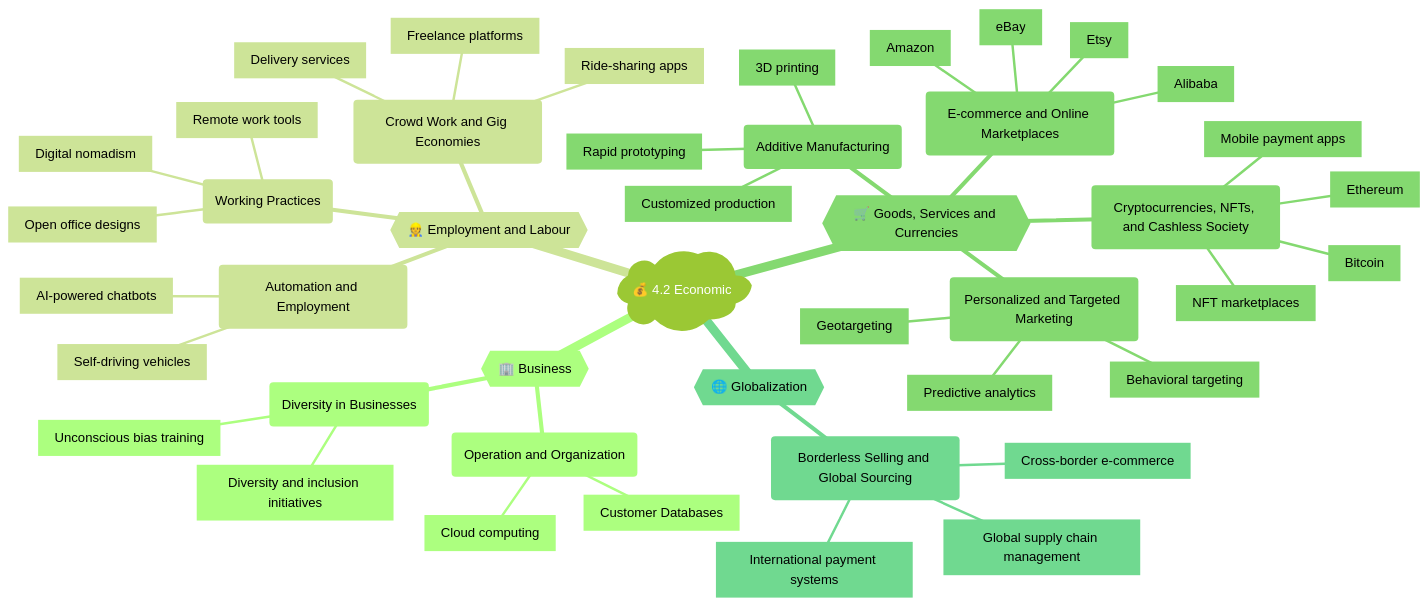
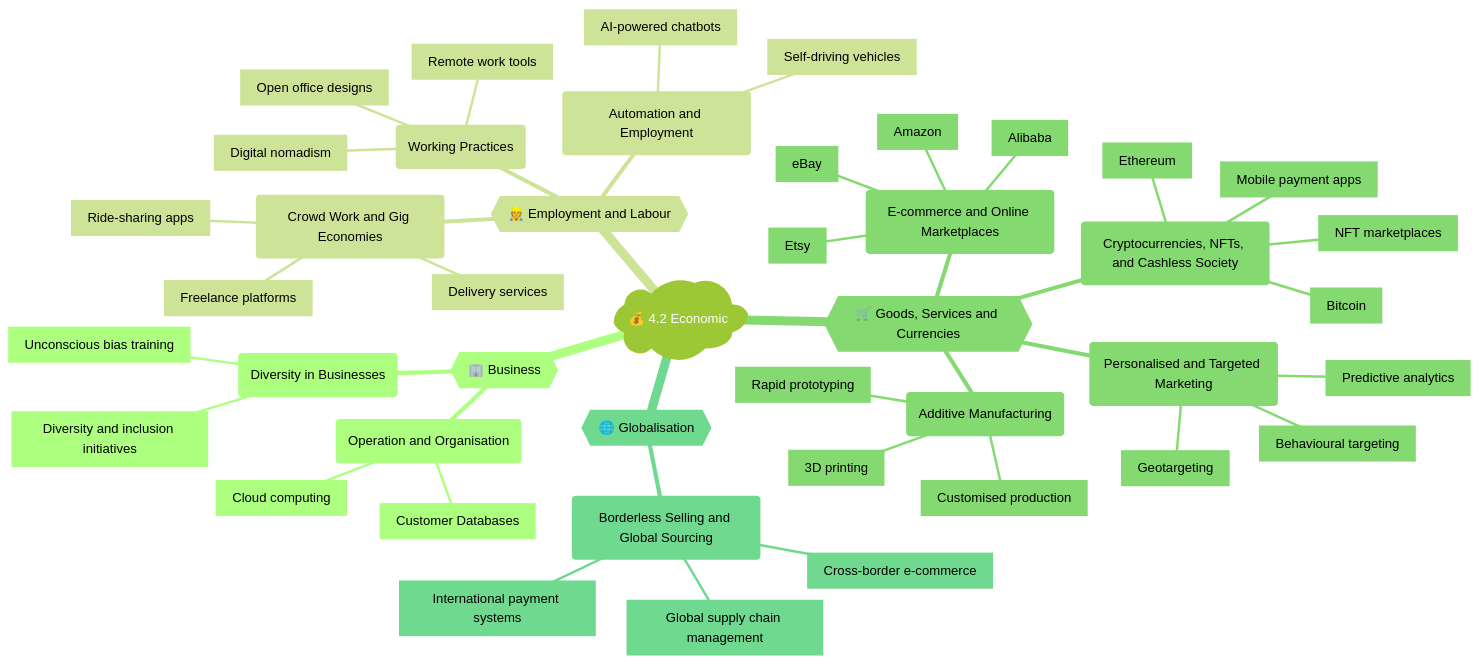
Before and after one commit to frederic-nevers/digsocrevision: the diagram in docs/contexts/42-economic.md, drawn with Mermaid (forest theme). The commit also changed other lines of this file and 1 other file, not shown here.

````diff
--- a/docs/contexts/42-economic.md
+++ b/docs/contexts/42-economic.md
@@ -11,48 +11,48 @@
 ```mermaid
 mindmap
   root)💰 4.2 Economic(
     Business{{🏢 Business}}
-      (Operation and Organization)
+      (Operation and Organisation)
         [Cloud computing]
         [Customer Databases]
       (Diversity in Businesses)
         [Diversity and inclusion initiatives]
         [Unconscious bias training]
     Employment and Labour{{👷 Employment and Labour}}
       (Working Practices)
         [Remote work tools]
         [Digital nomadism]
         [Open office designs]
       (Crowd Work and Gig Economies)
         [Freelance platforms]
         [Ride-sharing apps]
         [Delivery services]
       (Automation and Employment)
         [AI-powered chatbots]
         [Self-driving vehicles]
     Goods, Services and Currencies{{🛒 Goods, Services and Currencies}}
       (E-commerce and Online Marketplaces)
         [Amazon]
         [eBay]
         [Alibaba]
         [Etsy]
-      (Personalized and Targeted Marketing)
-        [Behavioral targeting]
+      (Personalised and Targeted Marketing)
+        [Behavioural targeting]
         [Geotargeting]
         [Predictive analytics]
       (Cryptocurrencies, NFTs, and Cashless Society)
         [Bitcoin]
         [Ethereum]
         [NFT marketplaces]
         [Mobile payment apps]
       (Additive Manufacturing)
         [3D printing]
         [Rapid prototyping]
-        [Customized production]
-    Globalization{{🌐 Globalization}}
+        [Customised production]
+    Globalisation{{🌐 Globalisation}}
       (Borderless Selling and Global Sourcing)
         [Cross-border e-commerce]
         [Global supply chain management]
         [International payment systems]
 
 ```
````
